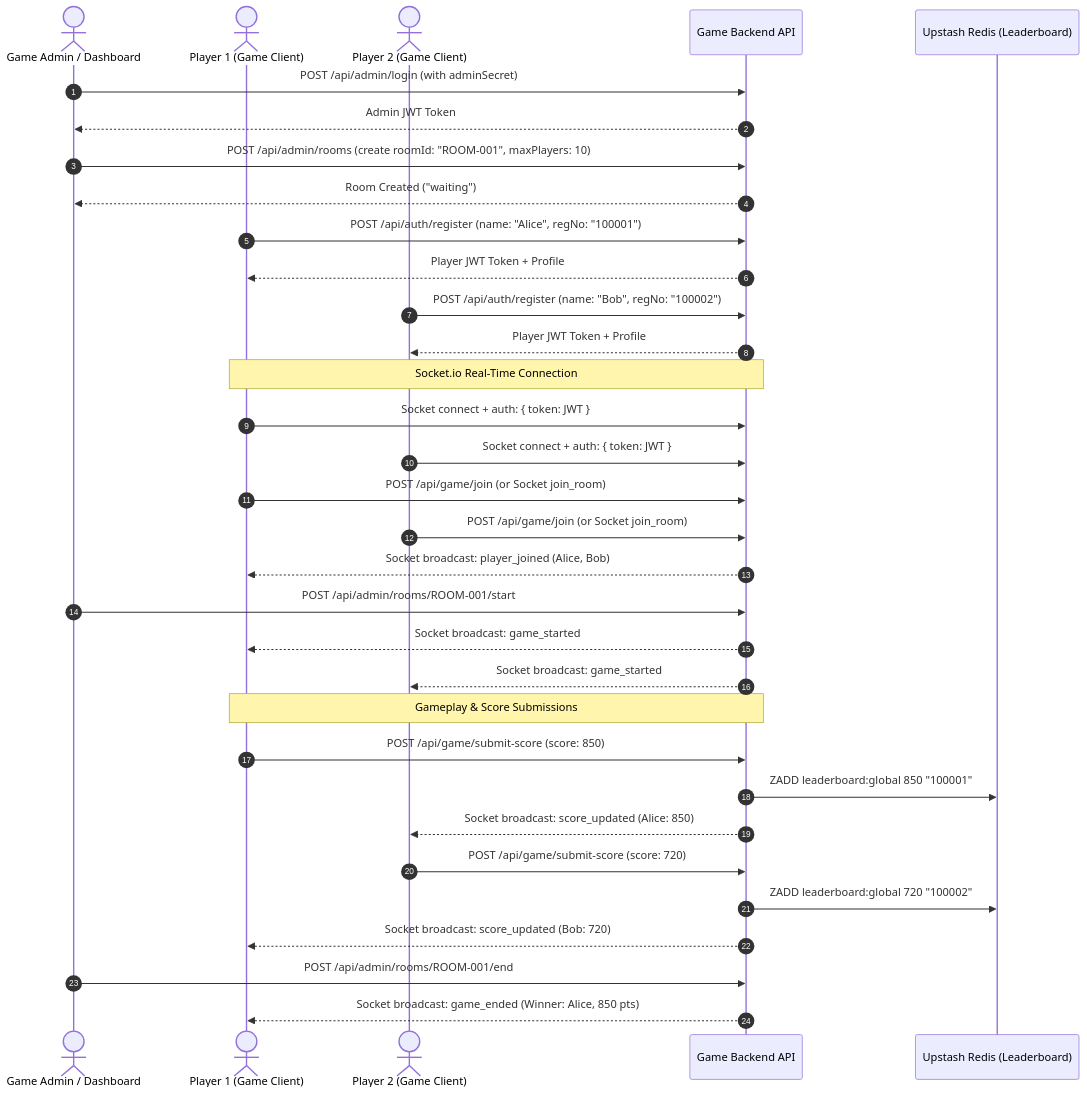
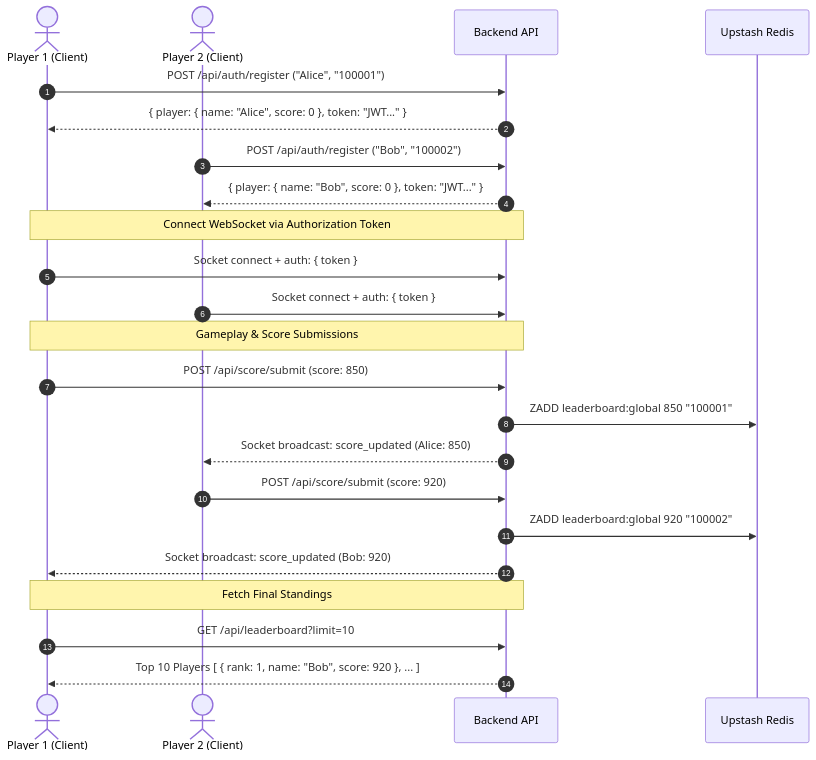
One commit to ARCoder181105/multiplayer-game-backend changed the diagram in API_DOCUMENTATION.md. Above: the diagram before and after it, drawn with Mermaid. The commit also changed other lines of this file and 18 other files, not shown here.

Commit message:
Refactor to single-instance game scoring and live Upstash Redis leaderboard backend

````diff
--- a/API_DOCUMENTATION.md
+++ b/API_DOCUMENTATION.md
@@ -13,43 +13,30 @@
 ```mermaid
 sequenceDiagram
     autonumber
-    actor Admin as Game Admin / Dashboard
-    actor Player1 as Player 1 (Game Client)
-    actor Player2 as Player 2 (Game Client)
-    participant Server as Game Backend API
-    participant Redis as Upstash Redis (Leaderboard)
+    actor Player1 as Player 1 (Client)
+    actor Player2 as Player 2 (Client)
+    participant Server as Backend API
+    participant Redis as Upstash Redis
 
-    Admin->>Server: POST /api/admin/login (with adminSecret)
-    Server-->>Admin: Admin JWT Token
-    Admin->>Server: POST /api/admin/rooms (create roomId: "ROOM-001", maxPlayers: 10)
-    Server-->>Admin: Room Created ("waiting")
+    Player1->>Server: POST /api/auth/register ("Alice", "100001")
+    Server-->>Player1: { player: { name: "Alice", score: 0 }, token: "JWT..." }
+    Player2->>Server: POST /api/auth/register ("Bob", "100002")
+    Server-->>Player2: { player: { name: "Bob", score: 0 }, token: "JWT..." }
 
-    Player1->>Server: POST /api/auth/register (name: "Alice", regNo: "100001")
-    Server-->>Player1: Player JWT Token + Profile
-    Player2->>Server: POST /api/auth/register (name: "Bob", regNo: "100002")
-    Server-->>Player2: Player JWT Token + Profile
-
-    Note over Player1,Server: Socket.io Real-Time Connection
-    Player1->>Server: Socket connect + auth: { token: JWT }
-    Player2->>Server: Socket connect + auth: { token: JWT }
-
-    Player1->>Server: POST /api/game/join (or Socket join_room)
-    Player2->>Server: POST /api/game/join (or Socket join_room)
-    Server-->>Player1: Socket broadcast: player_joined (Alice, Bob)
-
-    Admin->>Server: POST /api/admin/rooms/ROOM-001/start
-    Server-->>Player1: Socket broadcast: game_started
-    Server-->>Player2: Socket broadcast: game_started
+    Note over Player1,Server: Connect WebSocket via Authorization Token
+    Player1->>Server: Socket connect + auth: { token }
+    Player2->>Server: Socket connect + auth: { token }
 
     Note over Player1,Server: Gameplay & Score Submissions
-    Player1->>Server: POST /api/game/submit-score (score: 850)
+    Player1->>Server: POST /api/score/submit (score: 850)
     Server->>Redis: ZADD leaderboard:global 850 "100001"
     Server-->>Player2: Socket broadcast: score_updated (Alice: 850)
 
-    Player2->>Server: POST /api/game/submit-score (score: 720)
-    Server->>Redis: ZADD leaderboard:global 720 "100002"
-    Server-->>Player1: Socket broadcast: score_updated (Bob: 720)
+    Player2->>Server: POST /api/score/submit (score: 920)
+    Server->>Redis: ZADD leaderboard:global 920 "100002"
+    Server-->>Player1: Socket broadcast: score_updated (Bob: 920)
 
-    Admin->>Server: POST /api/admin/rooms/ROOM-001/end
-    Server-->>Player1: Socket broadcast: game_ended (Winner: Alice, 850 pts)
+    Note over Player1,Server: Fetch Final Standings
+    Player1->>Server: GET /api/leaderboard?limit=10
+    Server-->>Player1: Top 10 Players [ { rank: 1, name: "Bob", score: 920 }, ... ]
 ```
````
